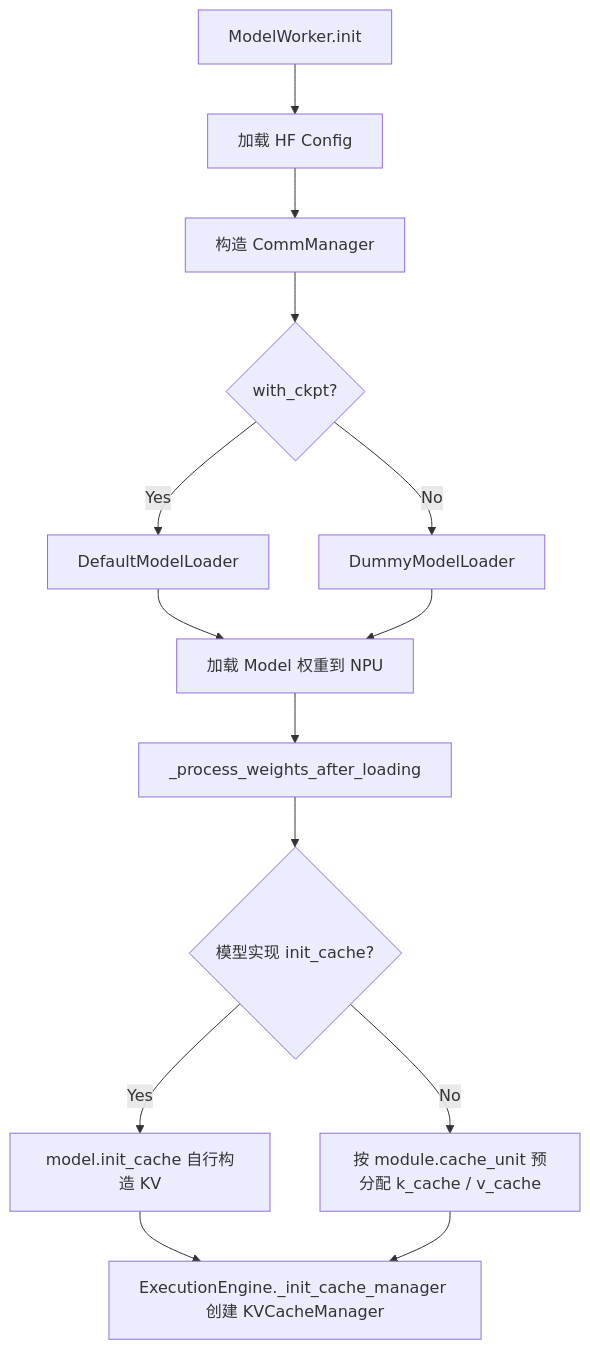
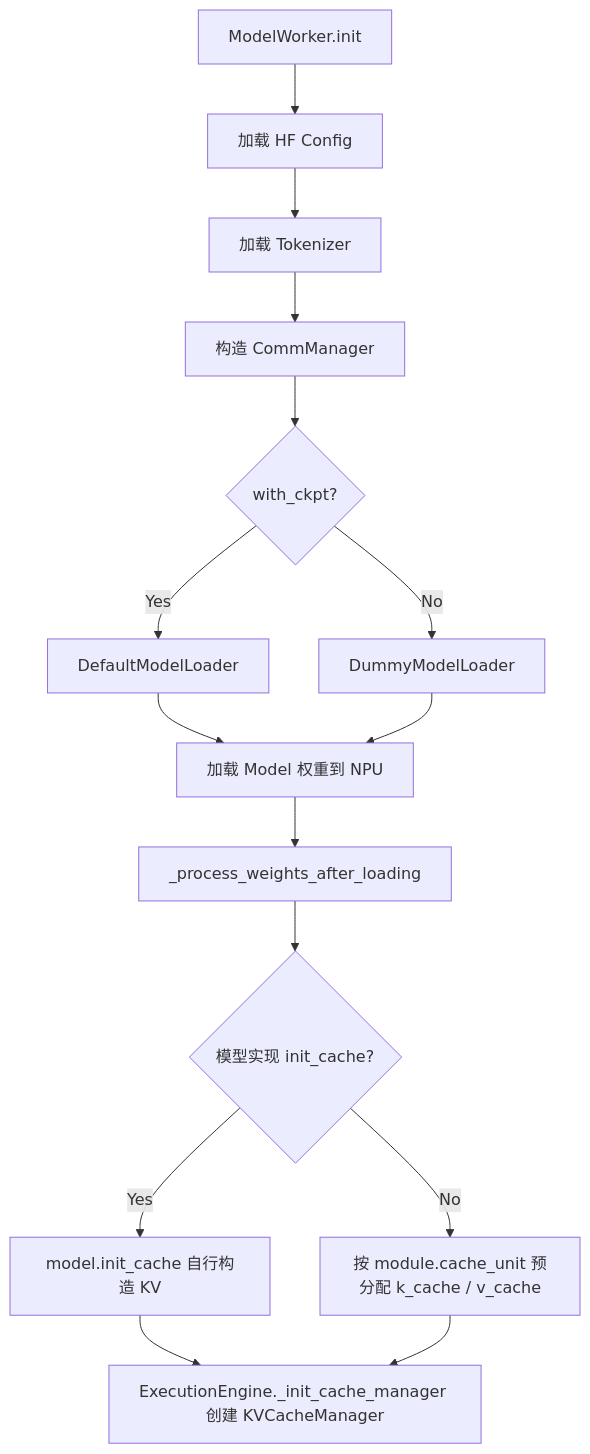
Before and after one commit to hicann/cann-recipes-infer: the second of 4 diagrams in docs/design/executor_design.md, drawn with Mermaid. The commit also changed other lines of this file and 77 other files, not shown here.

````diff
--- a/docs/design/executor_design.md
+++ b/docs/design/executor_design.md
@@ -151,16 +153,16 @@
 ```mermaid
 flowchart TB
     A[ModelWorker.init] --> E[加载 HF Config]
-    E --> H[构造 CommManager]
+    E --> T[加载 Tokenizer] --> H[构造 CommManager]
     H --> B{with_ckpt?}
     B -->|Yes| C[DefaultModelLoader]
     B -->|No| D[DummyModelLoader]
     C --> F[加载 Model 权重到 NPU]
     D --> F
     F --> G[_process_weights_after_loading]
     G --> I{模型实现 init_cache?}
     I -->|Yes| J[model.init_cache 自行构造 KV]
     I -->|No| K[按 module.cache_unit 预分配 k_cache / v_cache]
     J --> L[ExecutionEngine._init_cache_manager 创建 KVCacheManager]
     K --> L
 ```
````
